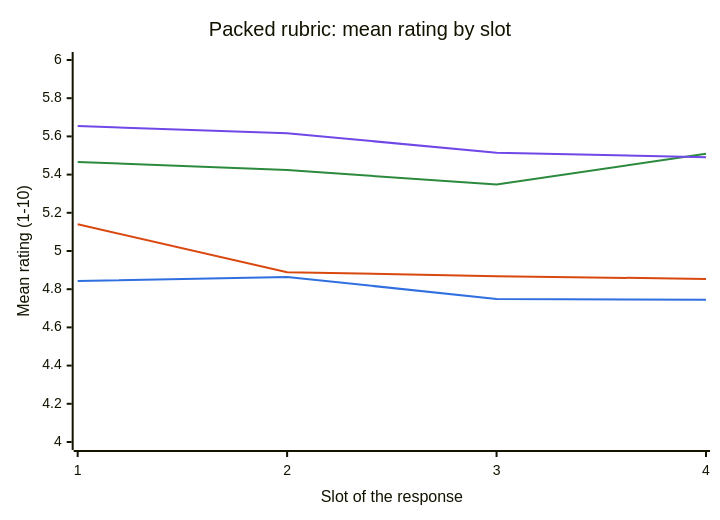
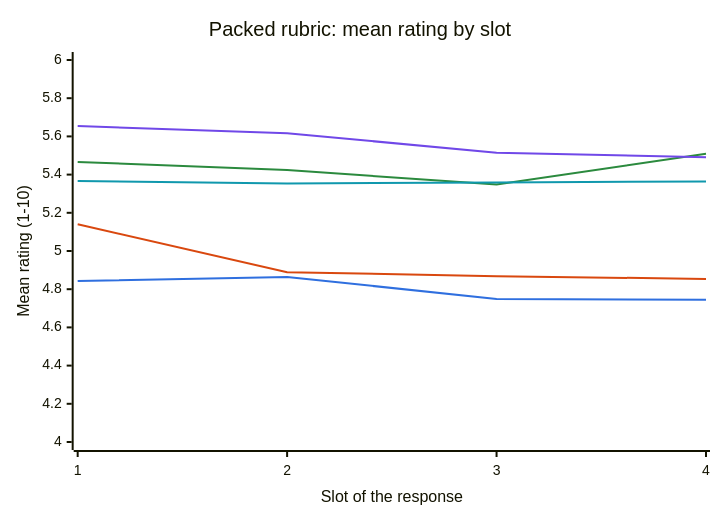
One commit to dorkitude/order-blind-decisions changed the second of 2 diagrams in results/main-report.md. Above: the diagram before and after it, drawn with Mermaid. The commit also changed other lines of this file and 12 other files, not shown here.

````diff
--- a/results/main-report.md
+++ b/results/main-report.md
@@ -40,11 +42,12 @@
 ```mermaid
-%%{init: {"themeVariables": {"xyChart": {"plotColorPalette": "#2f6fdf, #d9480f, #2b8a3e, #7048e8"}}}}%%
+%%{init: {"themeVariables": {"xyChart": {"plotColorPalette": "#2f6fdf, #d9480f, #2b8a3e, #7048e8, #1098ad"}}}}%%
 xychart-beta
     title "Packed rubric: mean rating by slot"
     x-axis "Slot of the response" [1, 2, 3, 4]
     y-axis "Mean rating (1-10)" 4.0 --> 6.0
     line [4.843, 4.864, 4.749, 4.745]
     line [5.140, 4.889, 4.868, 4.854]
     line [5.466, 5.424, 5.348, 5.509]
     line [5.654, 5.617, 5.514, 5.491]
+    line [5.367, 5.354, 5.359, 5.364]
 ```
````
